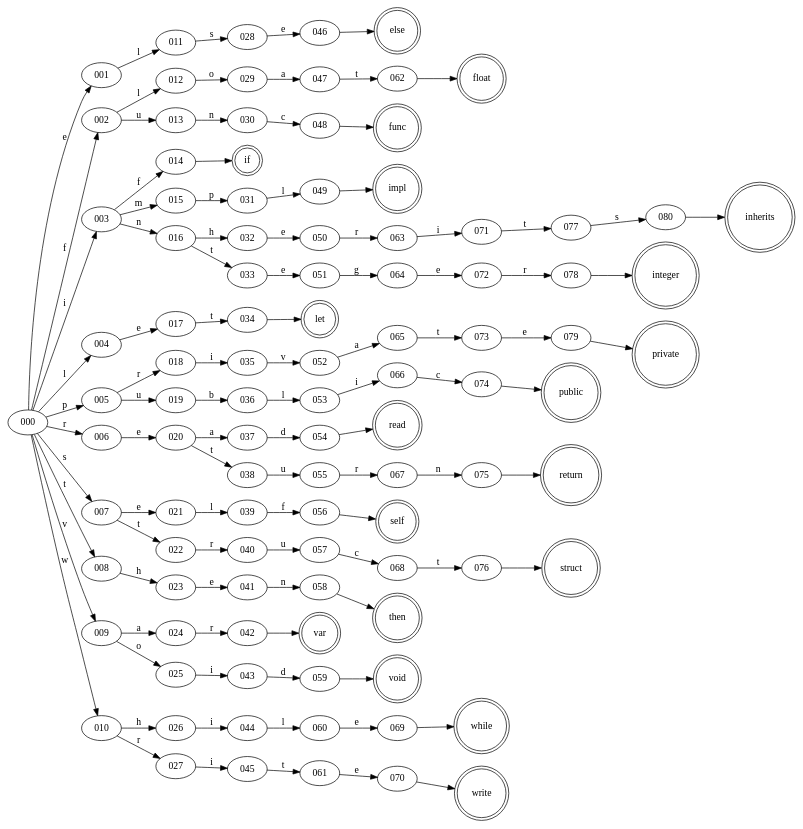
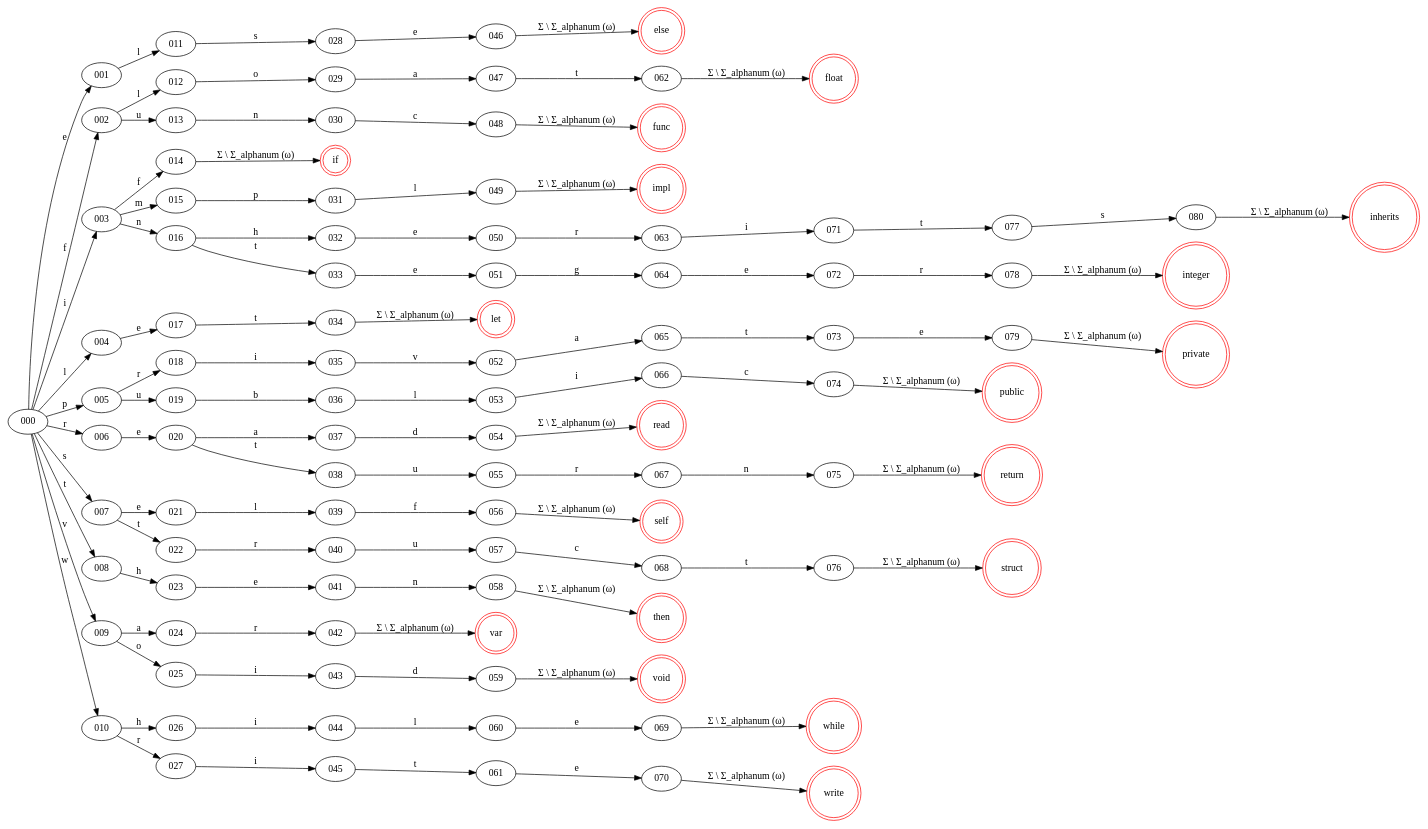
Before and after one commit to yum-feng/comp6421-compiler-design: the first of 7 diagrams in document.org, drawn with Graphviz. The commit also changed other lines of this file, not shown here.

Commit message:
finish graph, but still need to add disclaimers

```diff
--- a/document.org
+++ b/document.org
@@ -210,52 +225,52 @@
    #+begin_src dot file :file dfa-reserved-words.png
      digraph {
        rankdir="LR"
     
        // reserved words
-       else [shape="doublecircle"];
-       float [shape="doublecircle"];
-       func [shape="doublecircle"];
-       if [shape="doublecircle"];
-       impl [shape="doublecircle"];
-       inherits [shape="doublecircle"];
-       integer [shape="doublecircle"];
-       let [shape="doublecircle"];
-       private [shape="doublecircle"];
-       public [shape="doublecircle"];
-       read [shape="doublecircle"];
-       return [shape="doublecircle"];
-       self [shape="doublecircle"];
-       struct [shape="doublecircle"];
-       then [shape="doublecircle"];
-       var [shape="doublecircle"];
-       void [shape="doublecircle"];
-       while [shape="doublecircle"];
-       write [shape="doublecircle"];
+       else [shape="doublecircle",color=red];
+       float [shape="doublecircle",color=red];
+       func [shape="doublecircle",color=red];
+       if [shape="doublecircle",color=red];
+       impl [shape="doublecircle",color=red];
+       inherits [shape="doublecircle",color=red];
+       integer [shape="doublecircle",color=red];
+       let [shape="doublecircle",color=red];
+       private [shape="doublecircle",color=red];
+       public [shape="doublecircle",color=red];
+       read [shape="doublecircle",color=red];
+       return [shape="doublecircle",color=red];
+       self [shape="doublecircle",color=red];
+       struct [shape="doublecircle",color=red];
+       then [shape="doublecircle",color=red];
+       var [shape="doublecircle",color=red];
+       void [shape="doublecircle",color=red];
+       while [shape="doublecircle",color=red];
+       write [shape="doublecircle",color=red];
 
        // lexical specification
        // reserved words ::= "if", "public", "read", "then", "private", "write", "else", "func", "return", "integer", "var", "self", "float", "struct", "inherits", "void", "while", "let", "func", "impl"
     
        // lexical specification rewritten in single character and fed into regex -> dfa tool
        // reserved words ::= if|public|read|then|private|write|else|func|return|integer|var|self|float|struct|inherits|void|while|let|func|impl
 
-       000 -> 001 [label = "e"]; 001 -> 011 [label = "l"]; 011 -> 028 [label = "s"]; 028 -> 046 [label = "e"]; 046 -> else;
-       000 -> 002 [label = "f"]; 002 -> 012 [label = "l"]; 012 -> 029 [label = "o"]; 029 -> 047 [label = "a"]; 047 -> 062 [label = "t"]; 062 -> float;
-       /*                     */ 002 -> 013 [label = "u"]; 013 -> 030 [label = "n"]; 030 -> 048 [label = "c"]; 048 -> func;
-       000 -> 003 [label = "i"]; 003 -> 014 [label = "f"]; 014 -> if;
-       /*                     */ 003 -> 015 [label = "m"]; 015 -> 031 [label = "p"]; 031 -> 049 [label = "l"]; 049 -> impl;
-       /*                     */ 003 -> 016 [label = "n"]; 016 -> 032 [label = "h"]; 032 -> 050 [label = "e"]; 050 -> 063 [label = "r"]; 063 -> 071 [label = "i"]; 071 -> 077 [label = "t"]; 077 -> 080 [label = "s"]; 080 -> inherits;
-       /*                     */ /*                     */ 016 -> 033 [label = "t"]; 033 -> 051 [label = "e"]; 051 -> 064 [label = "g"]; 064 -> 072 [label = "e"]; 072 -> 078 [label = "r"]; 078 -> integer;
-       000 -> 004 [label = "l"]; 004 -> 017 [label = "e"]; 017 -> 034 [label = "t"]; 034 -> let;
-       000 -> 005 [label = "p"]; 005 -> 018 [label = "r"]; 018 -> 035 [label = "i"]; 035 -> 052 [label = "v"]; 052 -> 065 [label = "a"]; 065 -> 073 [label = "t"]; 073 -> 079 [label = "e"]; 079 -> private;
-       /*                     */ 005 -> 019 [label = "u"]; 019 -> 036 [label = "b"]; 036 -> 053 [label = "l"]; 053 -> 066 [label = "i"]; 066 -> 074 [label = "c"]; 074 -> public;
-       000 -> 006 [label = "r"]; 006 -> 020 [label = "e"]; 020 -> 037 [label = "a"]; 037 -> 054 [label = "d"]; 054 -> read;
-       /*                     */ /*                     */ 020 -> 038 [label = "t"]; 038 -> 055 [label = "u"]; 055 -> 067 [label = "r"]; 067 -> 075 [label = "n"]; 075 -> return;
-       000 -> 007 [label = "s"]; 007 -> 021 [label = "e"]; 021 -> 039 [label = "l"]; 039 -> 056 [label = "f"]; 056 -> self;
-       /*                     */ 007 -> 022 [label = "t"]; 022 -> 040 [label = "r"]; 040 -> 057 [label = "u"]; 057 -> 068 [label = "c"]; 068 -> 076 [label = "t"]; 076 -> struct;
-       000 -> 008 [label = "t"]; 008 -> 023 [label = "h"]; 023 -> 041 [label = "e"]; 041 -> 058 [label = "n"]; 058 -> then;
-       000 -> 009 [label = "v"]; 009 -> 024 [label = "a"]; 024 -> 042 [label = "r"]; 042 -> var;
-       /*                     */ 009 -> 025 [label = "o"]; 025 -> 043 [label = "i"]; 043 -> 059 [label = "d"]; 059 -> void;
-       000 -> 010 [label = "w"]; 010 -> 026 [label = "h"]; 026 -> 044 [label = "i"]; 044 -> 060 [label = "l"]; 060 -> 069 [label = "e"]; 069 -> while;
-       /*                     */ 010 -> 027 [label = "r"]; 027 -> 045 [label = "i"]; 045 -> 061 [label = "t"]; 061 -> 070 [label = "e"]; 070 -> write;
+       000 -> 001 [label = "e"]; 001 -> 011 [label = "l"]; 011 -> 028 [label = "s"]; 028 -> 046 [label = "e"]; 046 -> else [label = "Σ \\ Σ_alphanum (ω)"];
+       000 -> 002 [label = "f"]; 002 -> 012 [label = "l"]; 012 -> 029 [label = "o"]; 029 -> 047 [label = "a"]; 047 -> 062 [label = "t"]; 062 -> float [label = "Σ \\ Σ_alphanum (ω)"];
+       /*                     */ 002 -> 013 [label = "u"]; 013 -> 030 [label = "n"]; 030 -> 048 [label = "c"]; 048 -> func [label = "Σ \\ Σ_alphanum (ω)"];
+       000 -> 003 [label = "i"]; 003 -> 014 [label = "f"]; 014 -> if [label = "Σ \\ Σ_alphanum (ω)"];
+       /*                     */ 003 -> 015 [label = "m"]; 015 -> 031 [label = "p"]; 031 -> 049 [label = "l"]; 049 -> impl [label = "Σ \\ Σ_alphanum (ω)"];
+       /*                     */ 003 -> 016 [label = "n"]; 016 -> 032 [label = "h"]; 032 -> 050 [label = "e"]; 050 -> 063 [label = "r"]; 063 -> 071 [label = "i"]; 071 -> 077 [label = "t"]; 077 -> 080 [label = "s"]; 080 -> inherits [label = "Σ \\ Σ_alphanum (ω)"];
+       /*                     */ /*                     */ 016 -> 033 [label = "t"]; 033 -> 051 [label = "e"]; 051 -> 064 [label = "g"]; 064 -> 072 [label = "e"]; 072 -> 078 [label = "r"]; 078 -> integer [label = "Σ \\ Σ_alphanum (ω)"];
+       000 -> 004 [label = "l"]; 004 -> 017 [label = "e"]; 017 -> 034 [label = "t"]; 034 -> let [label = "Σ \\ Σ_alphanum (ω)"];
+       000 -> 005 [label = "p"]; 005 -> 018 [label = "r"]; 018 -> 035 [label = "i"]; 035 -> 052 [label = "v"]; 052 -> 065 [label = "a"]; 065 -> 073 [label = "t"]; 073 -> 079 [label = "e"]; 079 -> private [label = "Σ \\ Σ_alphanum (ω)"];
+       /*                     */ 005 -> 019 [label = "u"]; 019 -> 036 [label = "b"]; 036 -> 053 [label = "l"]; 053 -> 066 [label = "i"]; 066 -> 074 [label = "c"]; 074 -> public [label = "Σ \\ Σ_alphanum (ω)"];
+       000 -> 006 [label = "r"]; 006 -> 020 [label = "e"]; 020 -> 037 [label = "a"]; 037 -> 054 [label = "d"]; 054 -> read [label = "Σ \\ Σ_alphanum (ω)"];
+       /*                     */ /*                     */ 020 -> 038 [label = "t"]; 038 -> 055 [label = "u"]; 055 -> 067 [label = "r"]; 067 -> 075 [label = "n"]; 075 -> return [label = "Σ \\ Σ_alphanum (ω)"];
+       000 -> 007 [label = "s"]; 007 -> 021 [label = "e"]; 021 -> 039 [label = "l"]; 039 -> 056 [label = "f"]; 056 -> self [label = "Σ \\ Σ_alphanum (ω)"];
+       /*                     */ 007 -> 022 [label = "t"]; 022 -> 040 [label = "r"]; 040 -> 057 [label = "u"]; 057 -> 068 [label = "c"]; 068 -> 076 [label = "t"]; 076 -> struct [label = "Σ \\ Σ_alphanum (ω)"];
+       000 -> 008 [label = "t"]; 008 -> 023 [label = "h"]; 023 -> 041 [label = "e"]; 041 -> 058 [label = "n"]; 058 -> then [label = "Σ \\ Σ_alphanum (ω)"];
+       000 -> 009 [label = "v"]; 009 -> 024 [label = "a"]; 024 -> 042 [label = "r"]; 042 -> var [label = "Σ \\ Σ_alphanum (ω)"];
+       /*                     */ 009 -> 025 [label = "o"]; 025 -> 043 [label = "i"]; 043 -> 059 [label = "d"]; 059 -> void [label = "Σ \\ Σ_alphanum (ω)"];
+       000 -> 010 [label = "w"]; 010 -> 026 [label = "h"]; 026 -> 044 [label = "i"]; 044 -> 060 [label = "l"]; 060 -> 069 [label = "e"]; 069 -> while [label = "Σ \\ Σ_alphanum (ω)"];
+       /*                     */ 010 -> 027 [label = "r"]; 027 -> 045 [label = "i"]; 045 -> 061 [label = "t"]; 061 -> 070 [label = "e"]; 070 -> write [label = "Σ \\ Σ_alphanum (ω)"];
      }
    #+end_src
```
